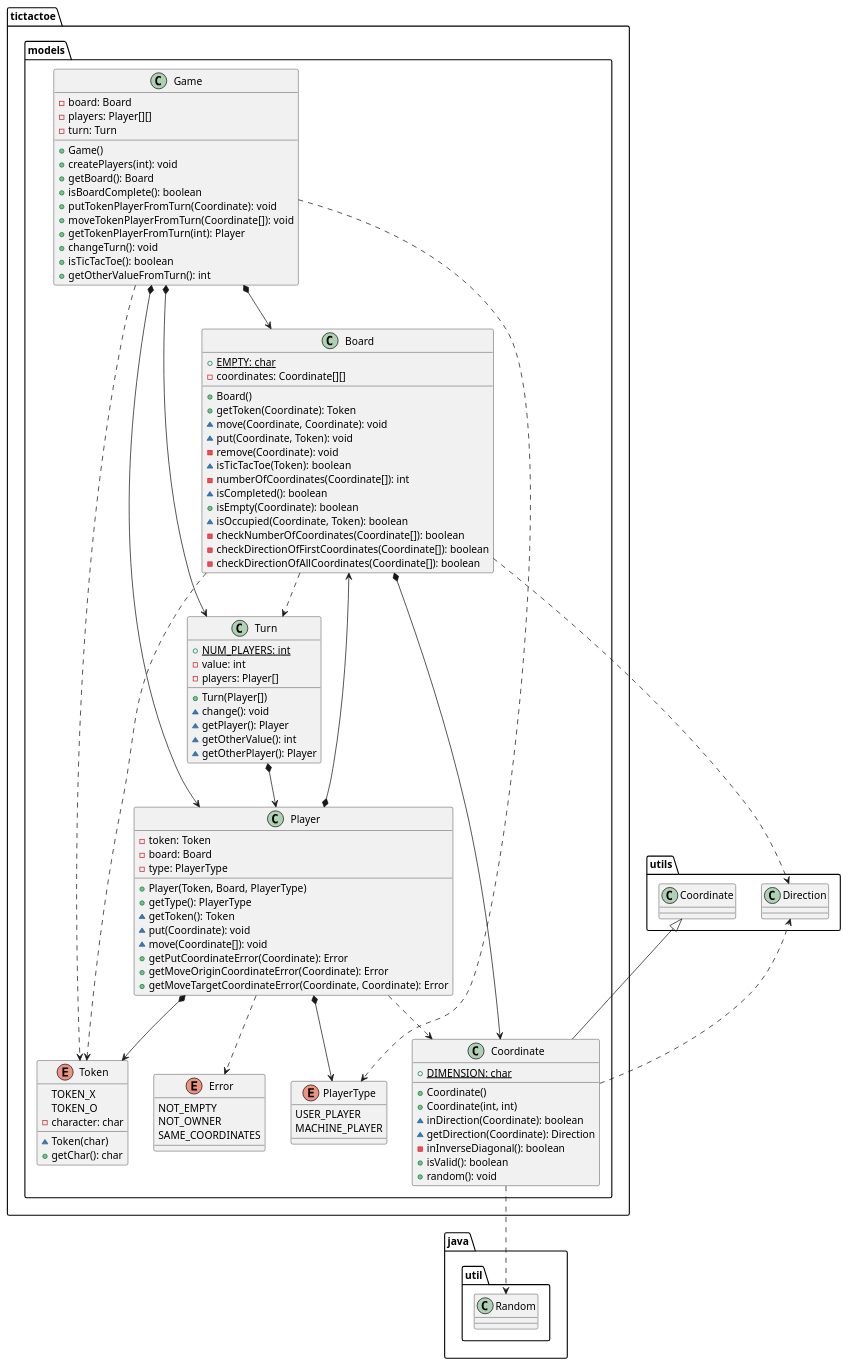
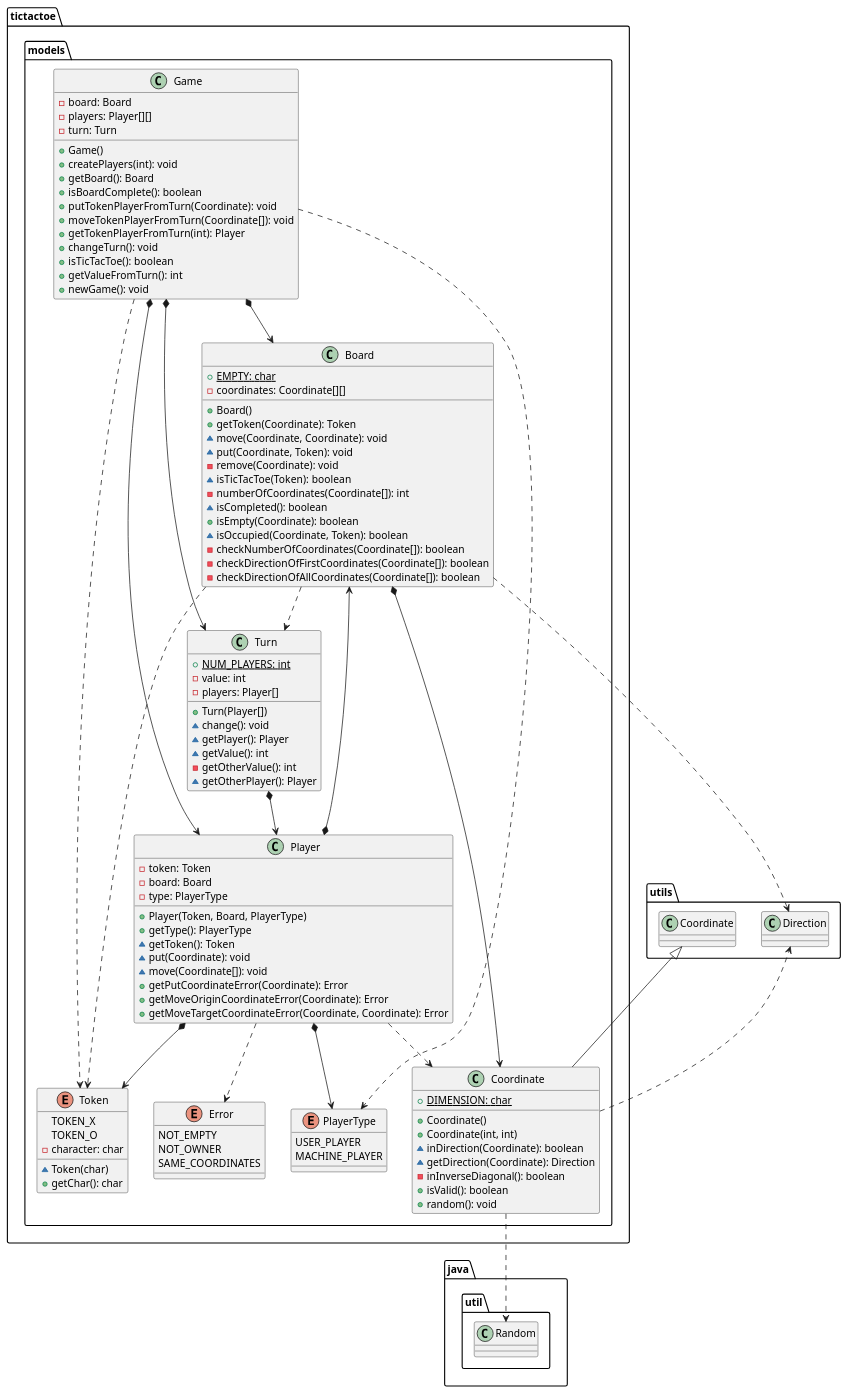
One commit to x-USantaTecla-game-ticTacToe/java changed the third of 5 diagrams in docs/src/docs/asciidoc/index.adoc. Above: the diagram before and after it, drawn with PlantUML. The commit also changed other lines of this file and 15 other files, not shown here.

```diff
--- a/docs/src/docs/asciidoc/index.adoc
+++ b/docs/src/docs/asciidoc/index.adoc
@@ -252,7 +259,8 @@
 + getTokenPlayerFromTurn(int): Player
 + changeTurn(): void
 + isTicTacToe(): boolean
-+ getOtherValueFromTurn(): int
++ getValueFromTurn(): int
++ newGame(): void
 }
 tictactoe.models.Game *-down-> tictactoe.models.Board
 tictactoe.models.Game *-down-> tictactoe.models.Player
@@ -299,7 +307,8 @@
 + Turn(Player[])
 ~ change(): void
 ~ getPlayer(): Player
-~ getOtherValue(): int
+~ getValue(): int
+- getOtherValue(): int
 ~ getOtherPlayer(): Player
 }
 tictactoe.models.Turn *-down-> tictactoe.models.Player
```
